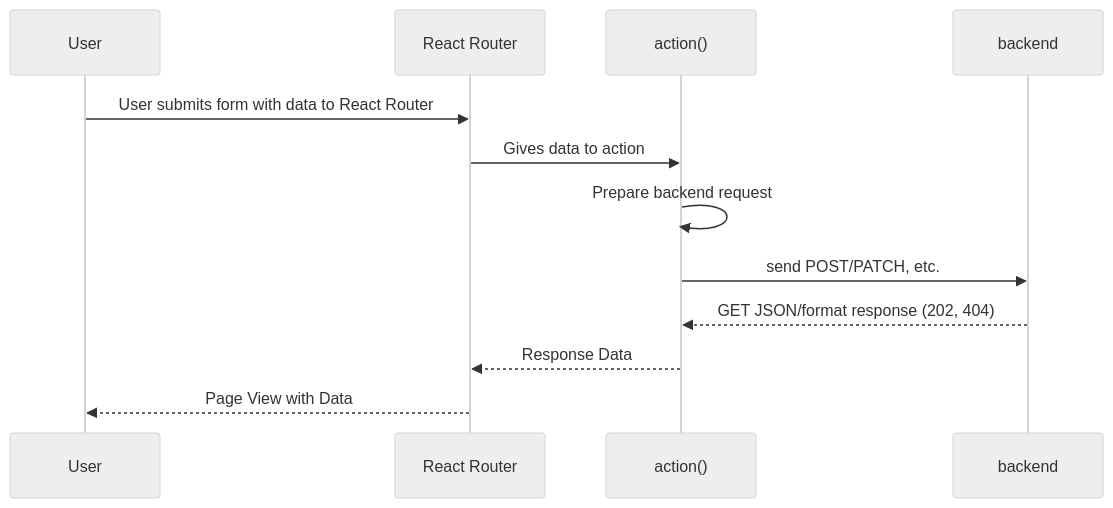
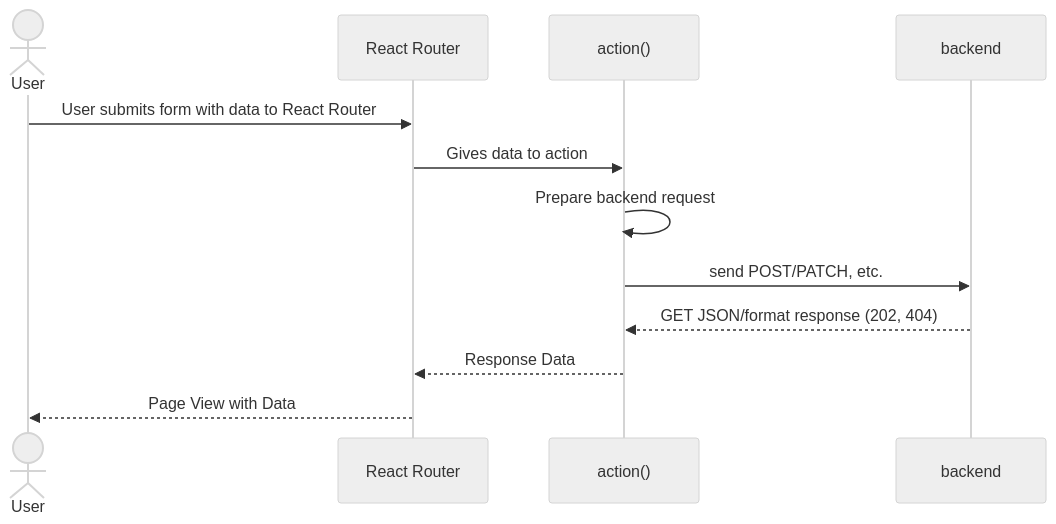
Before and after one commit to iCopyPasta/webdev-ref: the second of 2 diagrams in react_the_complete_guide/section20/readme.md, drawn with Mermaid (neutral theme). The commit also changed other lines of this file, not shown here.

Commit message:
fix: actor for person

````diff
--- a/react_the_complete_guide/section20/readme.md
+++ b/react_the_complete_guide/section20/readme.md
@@ -163,15 +163,15 @@
 ```mermaid
 sequenceDiagram
-    participant U as User
+    actor U as User
     participant R as React Router
     participant A as action()
     participant B as backend
 
     U->>R: User submits form with data to React Router
     R->>A: Gives data to action
     A->>A: Prepare backend request
     A->>B: send POST/PATCH, etc.
     B-->>A: GET JSON/format response (202, 404)
     A-->>R: Response Data
     R-->>U: Page View with Data
 ```
````
